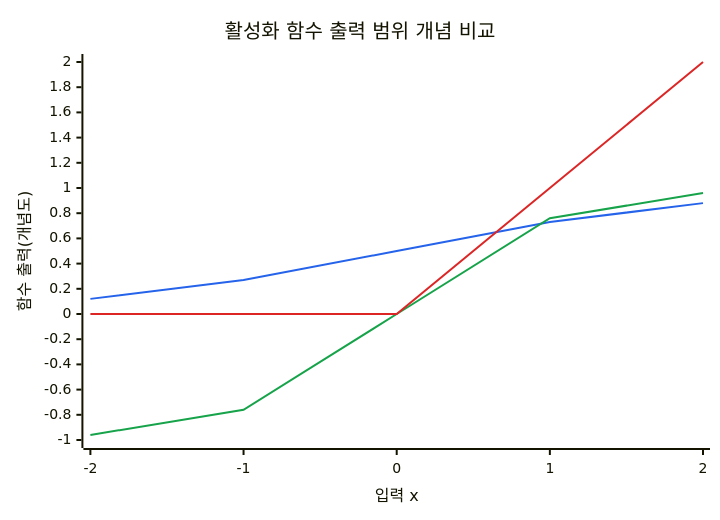
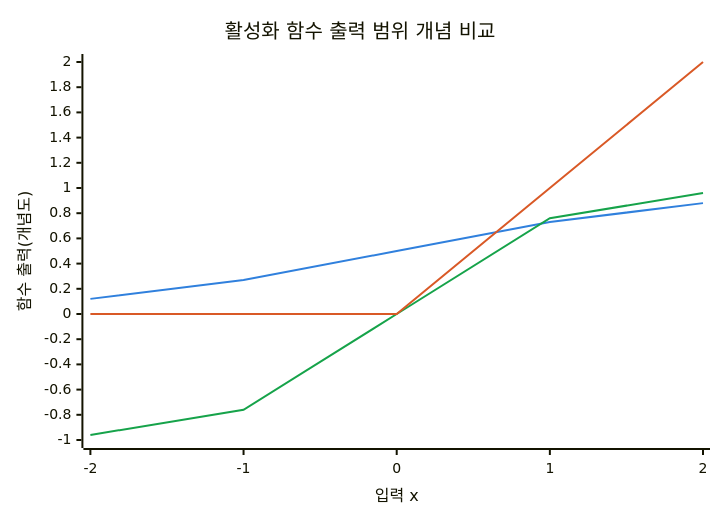
Before and after one commit to agnusdei1207/knowledge-base: the first of 4 diagrams in src/content/docs/notes/01-basic-theory/040_activation_functions.md, drawn with Mermaid. The commit also changed other lines of this file and 20 other files, not shown here.

````diff
--- a/src/content/docs/notes/01-basic-theory/040_activation_functions.md
+++ b/src/content/docs/notes/01-basic-theory/040_activation_functions.md
@@ -56,15 +56,10 @@
 ```mermaid
----
-config:
-  themeVariables:
-    xyChart:
-      plotColorPalette: "#2563EB, #16A34A, #DC2626"
----
+%%{init: {"themeVariables": {"xyChart": {"plotColorPalette": "#3080dd, #16a34a, #d95926"}}} }%%
 xychart-beta
     title "활성화 함수 출력 범위 개념 비교"
     x-axis "입력 x" [-2, -1, 0, 1, 2]
     y-axis "함수 출력(개념도)" -1 --> 2
     line [0.12, 0.27, 0.5, 0.73, 0.88]
     line [-0.96, -0.76, 0, 0.76, 0.96]
     line [0, 0, 0, 1, 2]
 ```
````
